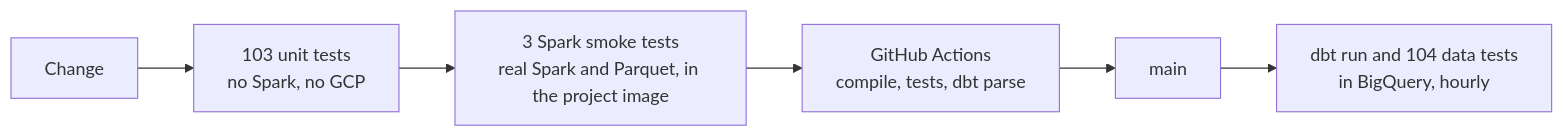
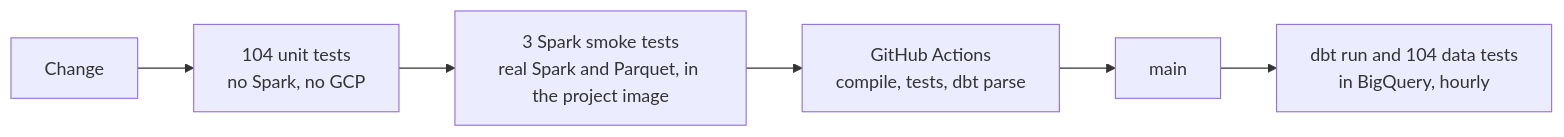
The fifth of 5 diagrams in README.md (TomasRipsky/marineflow), drawn with Mermaid before and after one commit. The commit also changed other lines of this file and 13 other files, not shown here.

````diff
--- a/README.md
+++ b/README.md
@@ -459,8 +459,8 @@
 ```mermaid
 flowchart LR
-    change["Change"] --> unit["103 unit tests<br/>no Spark, no GCP"]
+    change["Change"] --> unit["104 unit tests<br/>no Spark, no GCP"]
     unit --> smoke["3 Spark smoke tests<br/>real Spark and Parquet, in the project image"]
     smoke --> ci["GitHub Actions<br/>compile, tests, dbt parse"]
     ci --> main["main"]
     main --> dbt["dbt run and 104 data tests<br/>in BigQuery, hourly"]
 ```
````
